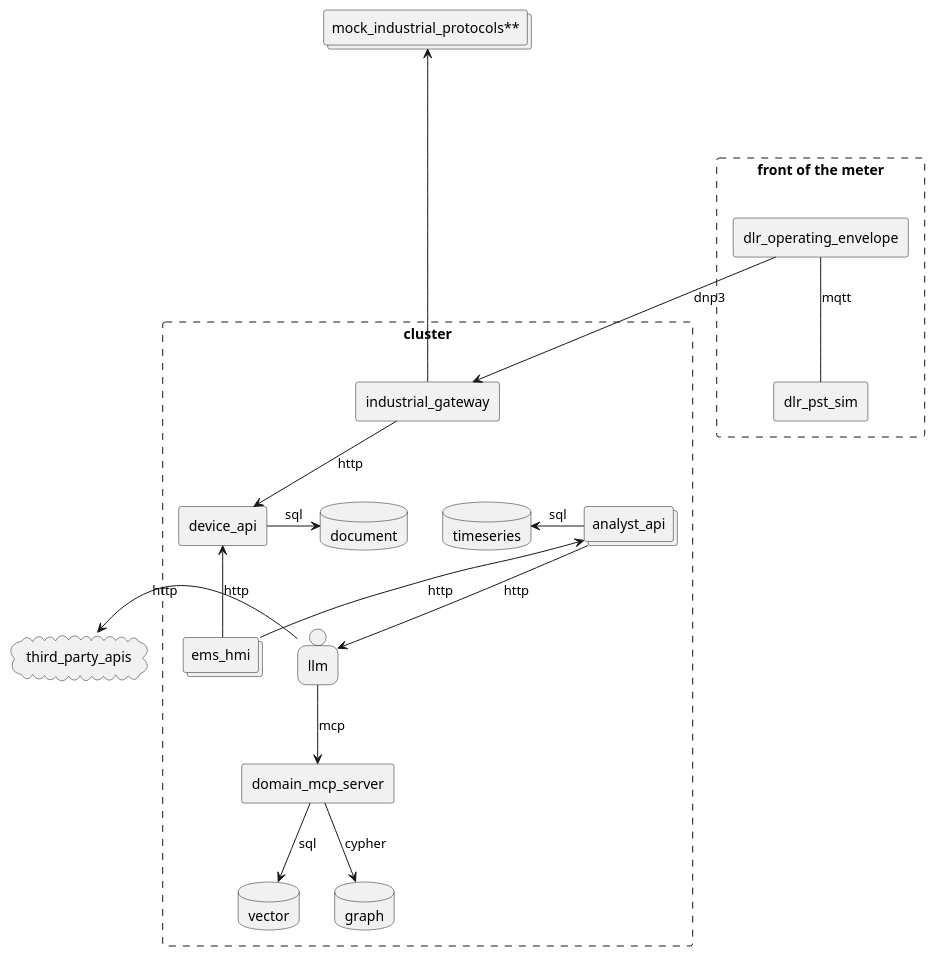
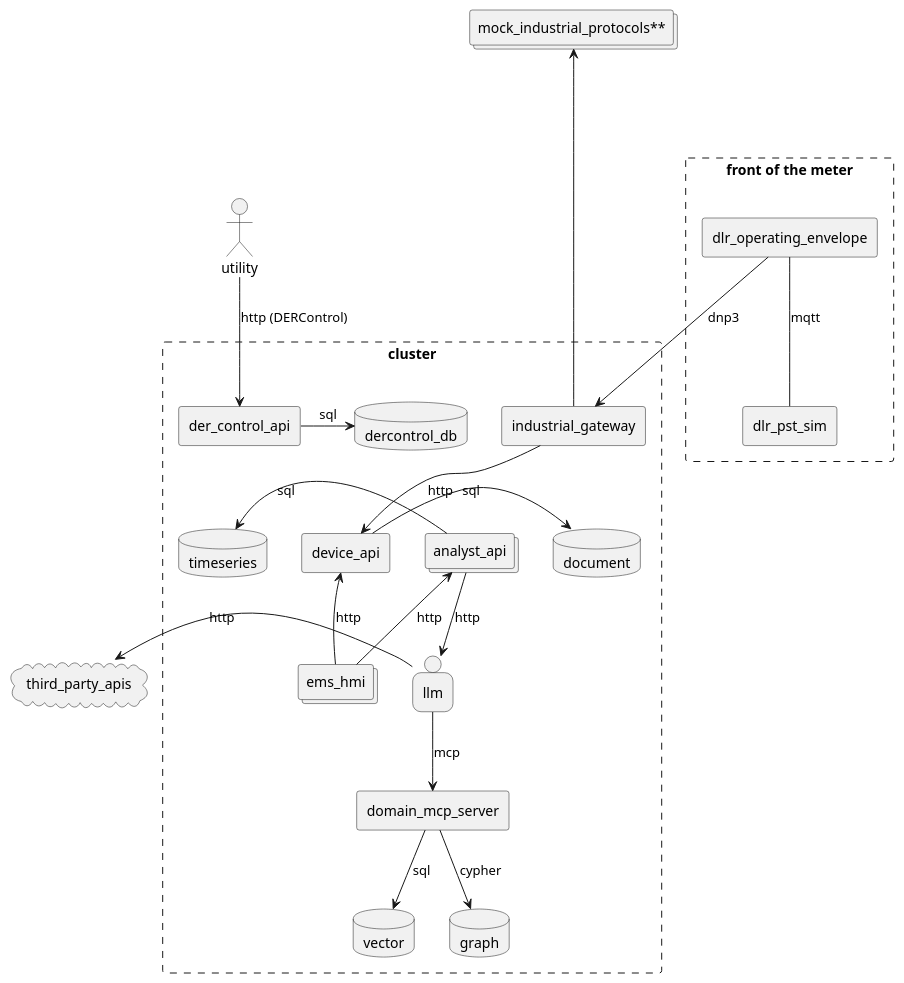
One commit to arcnode-io/ems changed the first of 6 diagrams in readme.md. Above: the diagram before and after it, drawn with PlantUML. The commit also changed other lines of this file, not shown here.

First line of the commit message:
📐 docs(diagrams): add der_control_api to deployment + sequence diagrams

````diff
--- a/readme.md
+++ b/readme.md
@@ -29,33 +29,38 @@
 ```plantuml
 collections "mock_industrial_protocols**" as mock_industrial_protocols
 rectangle  "front of the meter" #line.dashed {
   rectangle dlr_operating_envelope
   rectangle dlr_pst_sim
 }
 cloud third_party_apis
+actor utility
 rectangle cluster #line.dashed {
     rectangle industrial_gateway
     rectangle device_api
+    rectangle der_control_api
     database timeseries
     database vector
     database graph
+    database dercontrol_db
     collections analyst_api
     database document
     collections ems_hmi
     person llm
     rectangle domain_mcp_server
 }
 dlr_operating_envelope -- dlr_pst_sim: mqtt
 dlr_operating_envelope --> industrial_gateway: dnp3  
 industrial_gateway -u---> mock_industrial_protocols
 industrial_gateway --> device_api: http
 ems_hmi -u-> device_api: http
 device_api -r-> document: sql
+utility --> der_control_api: http (DERControl)
+der_control_api -r-> dercontrol_db: sql
 analyst_api -l-> timeseries: sql
 llm -d-> domain_mcp_server: mcp
 domain_mcp_server -d-> vector: sql
 domain_mcp_server -d-> graph: cypher
 ems_hmi -u-> analyst_api: http
 analyst_api -d-> llm: http
 llm -l-> third_party_apis: http
 ```
````
